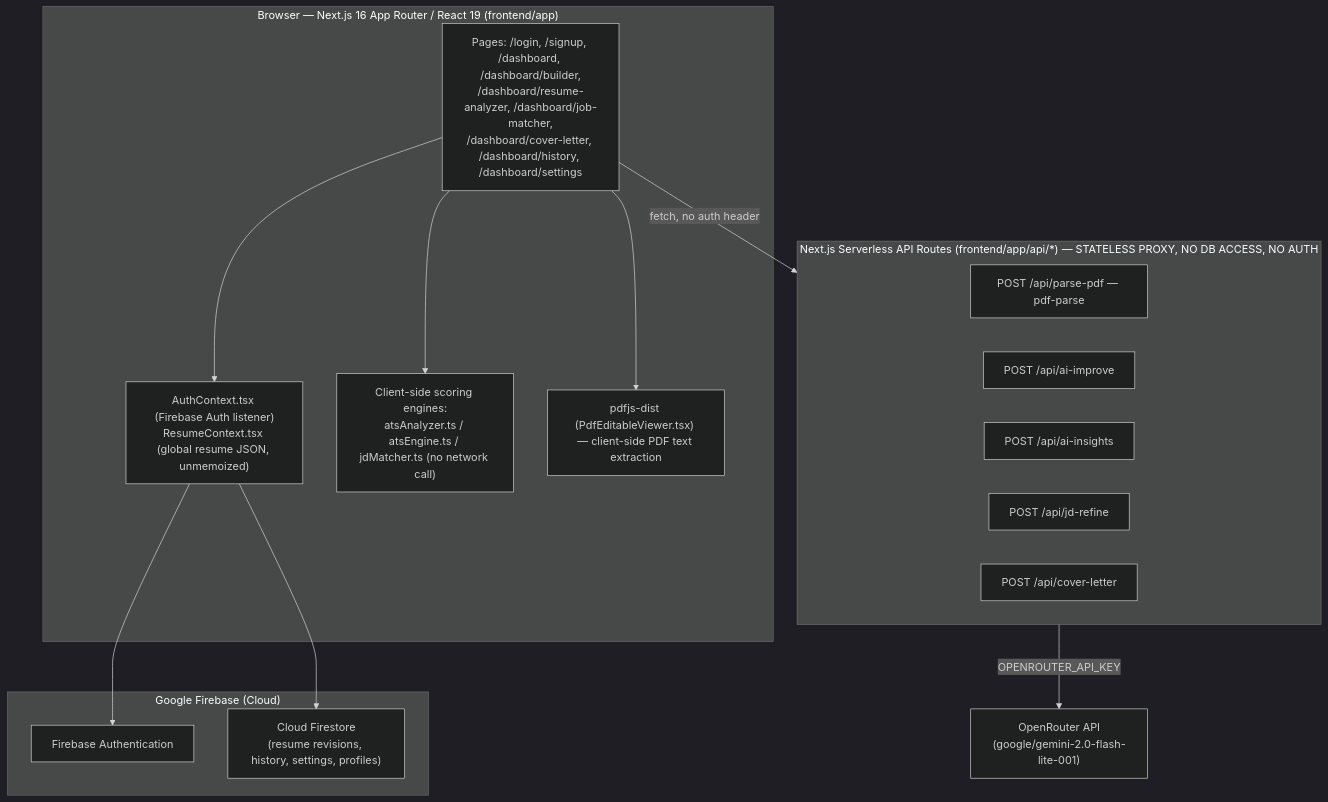
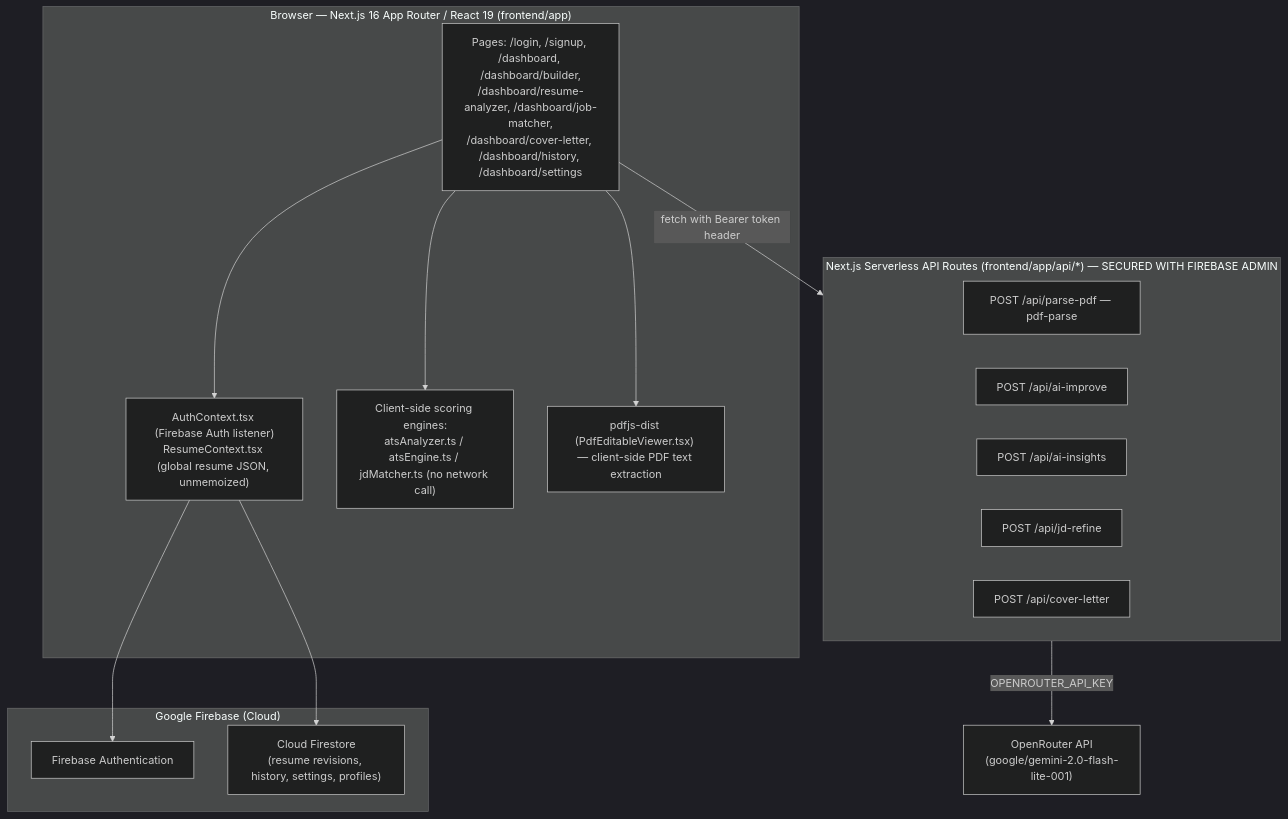
The diagram in hirelens-wiki-docs/docs/02_Architecture.md (Tusharjadhav2316-dev/Hirelens_AI), drawn with Mermaid (dark theme) before and after one commit. The commit also changed other lines of this file and 20 other files, not shown here.

Commit message:
feat: secure API routes with Firebase Admin token verification

````diff
--- a/hirelens-wiki-docs/docs/02_Architecture.md
+++ b/hirelens-wiki-docs/docs/02_Architecture.md
@@ -7,32 +7,32 @@
 ```mermaid
 flowchart TD
     subgraph Client["Browser — Next.js 16 App Router / React 19 (frontend/app)"]
         Pages["Pages: /login, /signup, /dashboard, /dashboard/builder,\n/dashboard/resume-analyzer, /dashboard/job-matcher,\n/dashboard/cover-letter, /dashboard/history, /dashboard/settings"]
         Contexts["AuthContext.tsx (Firebase Auth listener)\nResumeContext.tsx (global resume JSON, unmemoized)"]
         LocalEngines["Client-side scoring engines:\natsAnalyzer.ts / atsEngine.ts / jdMatcher.ts (no network call)"]
         ClientPDF["pdfjs-dist (PdfEditableViewer.tsx) — client-side PDF text extraction"]
     end
 
     subgraph FirebaseCloud["Google Firebase (Cloud)"]
         Auth["Firebase Authentication"]
         Firestore["Cloud Firestore\n(resume revisions, history, settings, profiles)"]
     end
 
-    subgraph ServerlessAPI["Next.js Serverless API Routes (frontend/app/api/*) — STATELESS PROXY, NO DB ACCESS, NO AUTH"]
+    subgraph ServerlessAPI["Next.js Serverless API Routes (frontend/app/api/*) — SECURED WITH FIREBASE ADMIN"]
         ParsePdf["POST /api/parse-pdf — pdf-parse"]
         AiImprove["POST /api/ai-improve"]
         AiInsights["POST /api/ai-insights"]
         JdRefine["POST /api/jd-refine"]
         CoverLetter["POST /api/cover-letter"]
     end
 
     OpenRouter["OpenRouter API\n(google/gemini-2.0-flash-lite-001)"]
 
     Pages --> Contexts
     Contexts --> Auth
     Contexts --> Firestore
     Pages --> LocalEngines
     Pages --> ClientPDF
-    Pages -->|fetch, no auth header| ServerlessAPI
+    Pages -->|fetch with Bearer token header| ServerlessAPI
     ServerlessAPI -->|OPENROUTER_API_KEY| OpenRouter
 ```
````
